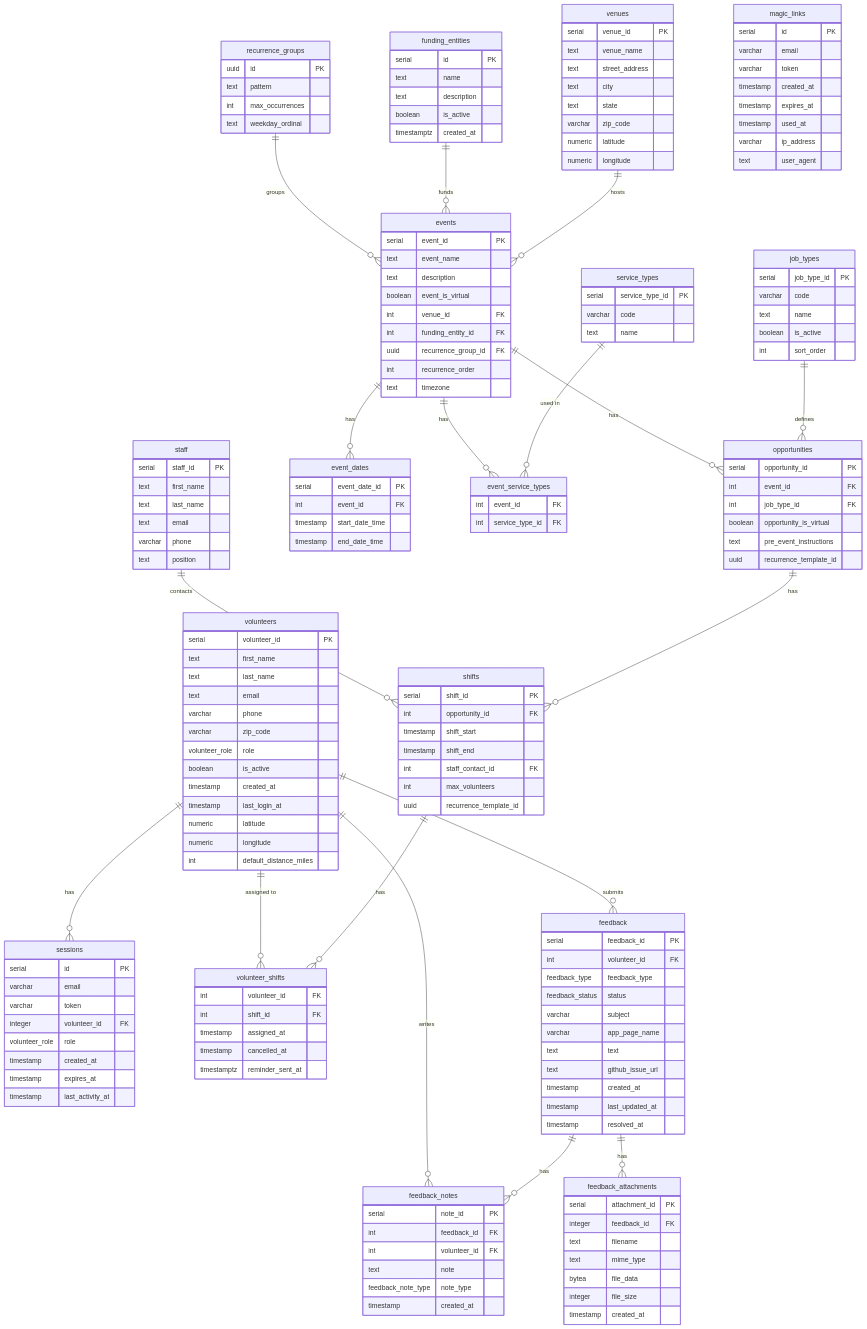
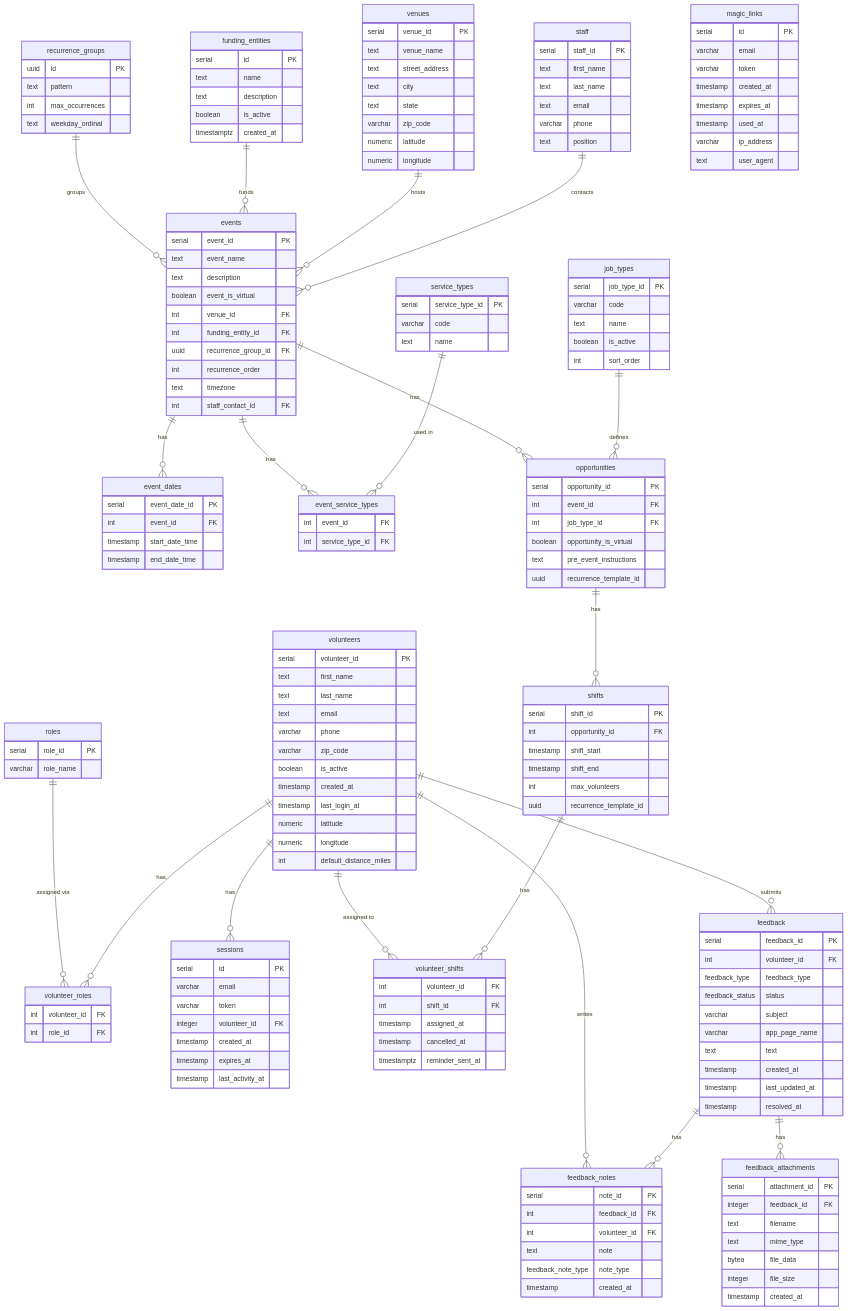
Before and after one commit to KathySnider/volunteer-scheduler: the diagram in database/README.md, drawn with Mermaid. The commit also changed other lines of this file and 3 other files, not shown here.

Commit message:
Updated sample data and ERD to be up to date with DB changes.

```diff
--- a/database/README.md
+++ b/database/README.md
@@ -40,6 +38,10 @@
     int max_occurrences
     text weekday_ordinal
   }
+  roles {
+    serial role_id PK
+    varchar role_name
+  }
   volunteers {
     serial volunteer_id PK
     text first_name
@@ -47,13 +49,16 @@
     text email
     varchar phone
     varchar zip_code
-    volunteer_role role
     boolean is_active
     timestamp created_at
     timestamp last_login_at
     numeric latitude
     numeric longitude
     int default_distance_miles
+  }
+  volunteer_roles {
+    int volunteer_id FK
+    int role_id FK
   }
   staff {
     serial staff_id PK
@@ -78,7 +83,6 @@
     varchar email
     varchar token
     integer volunteer_id FK
-    volunteer_role role
     timestamp created_at
     timestamp expires_at
     timestamp last_activity_at
@@ -93,6 +97,7 @@
     uuid recurrence_group_id FK
     int recurrence_order
     text timezone
+    int staff_contact_id FK
   }
   event_dates {
     serial event_date_id PK
@@ -129,7 +134,6 @@
     int opportunity_id FK
     timestamp shift_start
     timestamp shift_end
-    int staff_contact_id FK
     int max_volunteers
     uuid recurrence_template_id
   }
@@ -148,7 +152,6 @@
     varchar subject
     varchar app_page_name
     text text
-    text github_issue_url
     timestamp created_at
     timestamp last_updated_at
     timestamp resolved_at
@@ -171,14 +174,16 @@
     timestamp created_at
   }
 
+  roles ||--o{ volunteer_roles : "assigned via"
+  volunteers ||--o{ volunteer_roles : "has"
   recurrence_groups ||--o{ events : "groups"
   funding_entities ||--o{ events : "funds"
   venues ||--o{ events : "hosts"
+  staff ||--o{ events : "contacts"
   volunteers ||--o{ sessions : "has"
   volunteers ||--o{ volunteer_shifts : "assigned to"
   volunteers ||--o{ feedback : "submits"
   volunteers ||--o{ feedback_notes : "writes"
-  staff ||--o{ shifts : "contacts"
   events ||--o{ event_dates : "has"
   events ||--o{ event_service_types : "has"
   service_types ||--o{ event_service_types : "used in"
```
